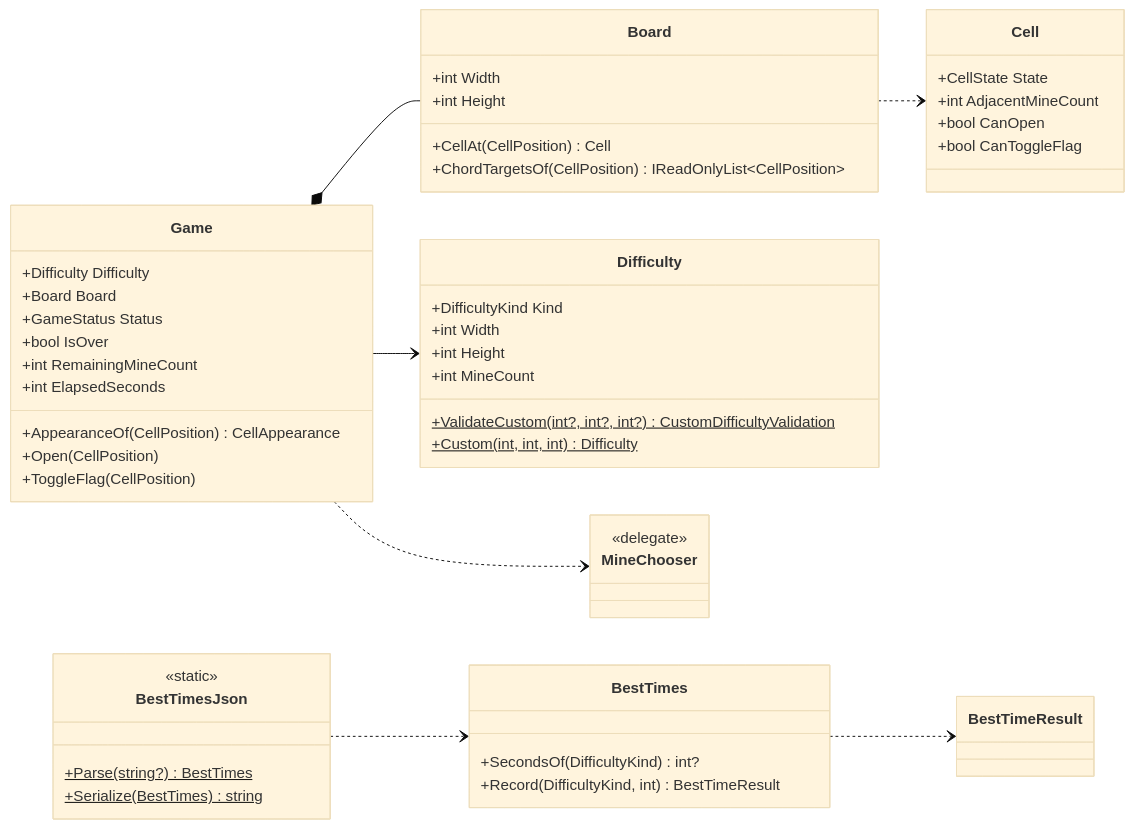
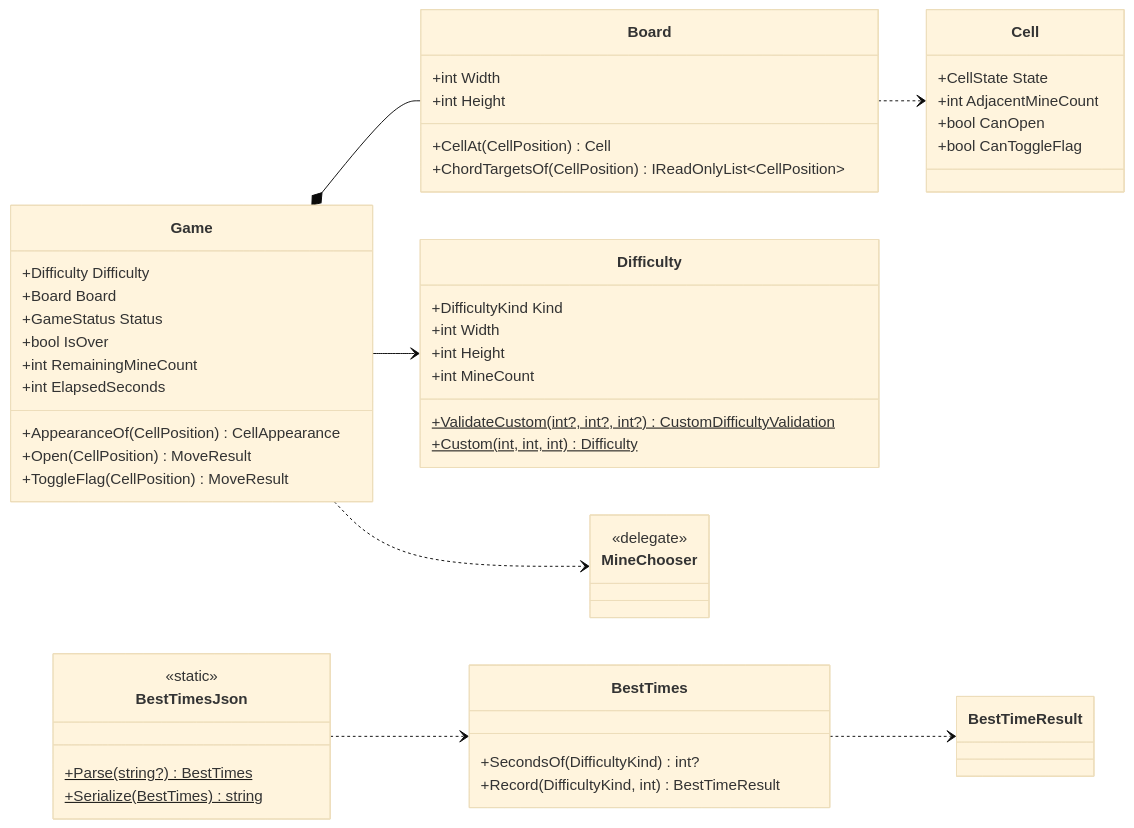
One commit to Fujiwo/Shos.Minesweeper changed the first of 4 diagrams in docs/05-class-design.md. Above: the diagram before and after it, drawn with Mermaid (base theme). The commit also changed other lines of this file, not shown here.

````diff
--- a/docs/05-class-design.md
+++ b/docs/05-class-design.md
@@ -101,53 +109,53 @@
 ```mermaid
 classDiagram
     direction LR
     class Game {
         +Difficulty Difficulty
         +Board Board
         +GameStatus Status
         +bool IsOver
         +int RemainingMineCount
         +int ElapsedSeconds
         +AppearanceOf(CellPosition) CellAppearance
-        +Open(CellPosition)
-        +ToggleFlag(CellPosition)
+        +Open(CellPosition) MoveResult
+        +ToggleFlag(CellPosition) MoveResult
     }
     class Board {
         +int Width
         +int Height
         +CellAt(CellPosition) Cell
         +ChordTargetsOf(CellPosition) IReadOnlyList~CellPosition~
     }
     class Cell {
         +CellState State
         +int AdjacentMineCount
         +bool CanOpen
         +bool CanToggleFlag
     }
     class Difficulty {
         +DifficultyKind Kind
         +int Width
         +int Height
         +int MineCount
         +ValidateCustom(int?, int?, int?)$ CustomDifficultyValidation
         +Custom(int, int, int)$ Difficulty
     }
     class MineChooser {
         <<delegate>>
     }
     class BestTimes {
         +SecondsOf(DifficultyKind) int?
         +Record(DifficultyKind, int) BestTimeResult
     }
     class BestTimesJson {
         <<static>>
         +Parse(string?)$ BestTimes
         +Serialize(BestTimes)$ string
     }
     Game *-- Board
     Game --> Difficulty
     Game ..> MineChooser
     Board ..> Cell
     BestTimes ..> BestTimeResult
     BestTimesJson ..> BestTimes
 ```
````
